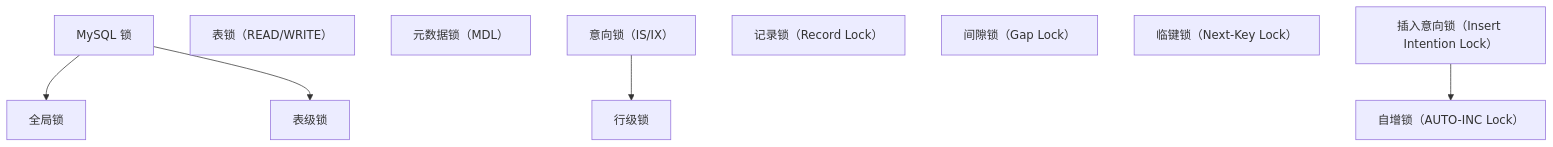
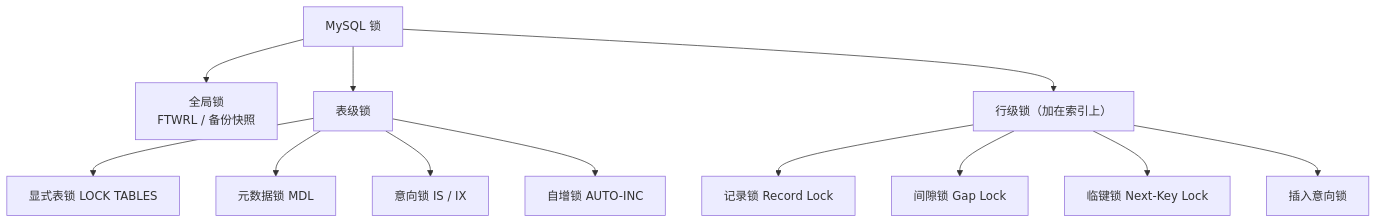
One commit to fanquanpp/FANDEX changed the diagram in cnt-content/full/017-mysql/450-LockClassification.md. Above: the diagram before and after it, drawn with Mermaid. The commit also changed other lines of this file and 3 other files, not shown here.

````diff
--- a/cnt-content/full/017-mysql/450-LockClassification.md
+++ b/cnt-content/full/017-mysql/450-LockClassification.md
@@ -22,19 +27,14 @@
 ```mermaid
 flowchart TD
-    T0["MySQL 锁"]
-    T1["全局锁"]
-    T2["表级锁"]
-    T3["表锁（READ/WRITE）"]
-    T4["元数据锁（MDL）"]
-    T5["意向锁（IS/IX）"]
-    T6["行级锁"]
-    T7["记录锁（Record Lock）"]
-    T8["间隙锁（Gap Lock）"]
-    T9["临键锁（Next-Key Lock）"]
-    T10["插入意向锁（Insert Intention Lock）"]
-    T11["自增锁（AUTO-INC Lock）"]
-    T0 --> T1
-    T0 --> T2
-    T5 --> T6
-    T10 --> T11
+    T0["MySQL 锁"] --> T1["全局锁<br/>FTWRL / 备份快照"]
+    T0 --> T2["表级锁"]
+    T2 --> T3["显式表锁 LOCK TABLES"]
+    T2 --> T4["元数据锁 MDL"]
+    T2 --> T5["意向锁 IS / IX"]
+    T2 --> T6["自增锁 AUTO-INC"]
+    T0 --> T7["行级锁（加在索引上）"]
+    T7 --> T8["记录锁 Record Lock"]
+    T7 --> T9["间隙锁 Gap Lock"]
+    T7 --> T10["临键锁 Next-Key Lock"]
+    T7 --> T11["插入意向锁"]
 ```
````
